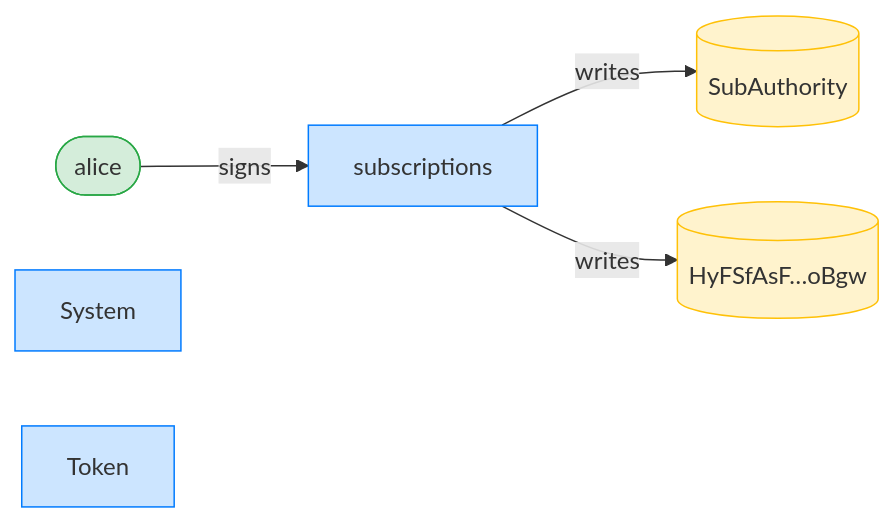
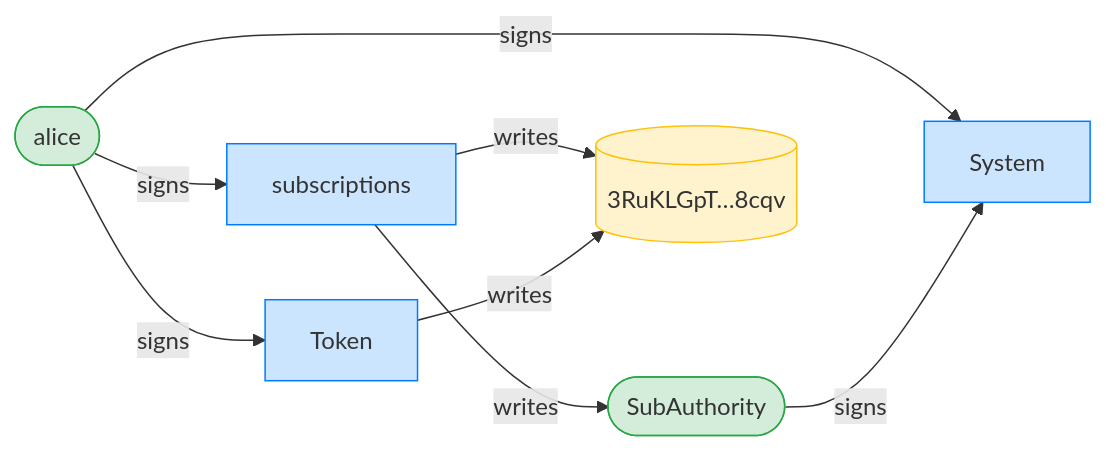
The third of 8 diagrams in dsl_tests/transfer-subscription--writable-accounts-must-be-writable.md (cds-rs/subscriptions), drawn with Mermaid before and after one commit. The commit also changed other lines of this file and 224 other files, not shown here.

````diff
--- a/dsl_tests/transfer-subscription--writable-accounts-must-be-writable.md
+++ b/dsl_tests/transfer-subscription--writable-accounts-must-be-writable.md
@@ -55,15 +56,19 @@
 ```mermaid
 flowchart LR
     classDef signer fill:#d4edda,stroke:#28a745;
     classDef program fill:#cce5ff,stroke:#007bff;
     classDef writable fill:#fff3cd,stroke:#ffc107;
     subscriptions[subscriptions]:::program
     alice([alice]):::signer
-    SubAuthority[(SubAuthority)]:::writable
-    HyFSfAsF_oBgw[("HyFSfAsF…oBgw")]:::writable
+    SubAuthority([SubAuthority]):::signer
+    3RuKLGpT_8cqv[("3RuKLGpT…8cqv")]:::writable
     System[System]:::program
     Token[Token]:::program
     alice -->|signs| subscriptions
+    alice -->|signs| System
+    SubAuthority -->|signs| System
+    alice -->|signs| Token
     subscriptions -->|writes| SubAuthority
-    subscriptions -->|writes| HyFSfAsF_oBgw
+    subscriptions -->|writes| 3RuKLGpT_8cqv
+    Token -->|writes| 3RuKLGpT_8cqv
 ```
````
